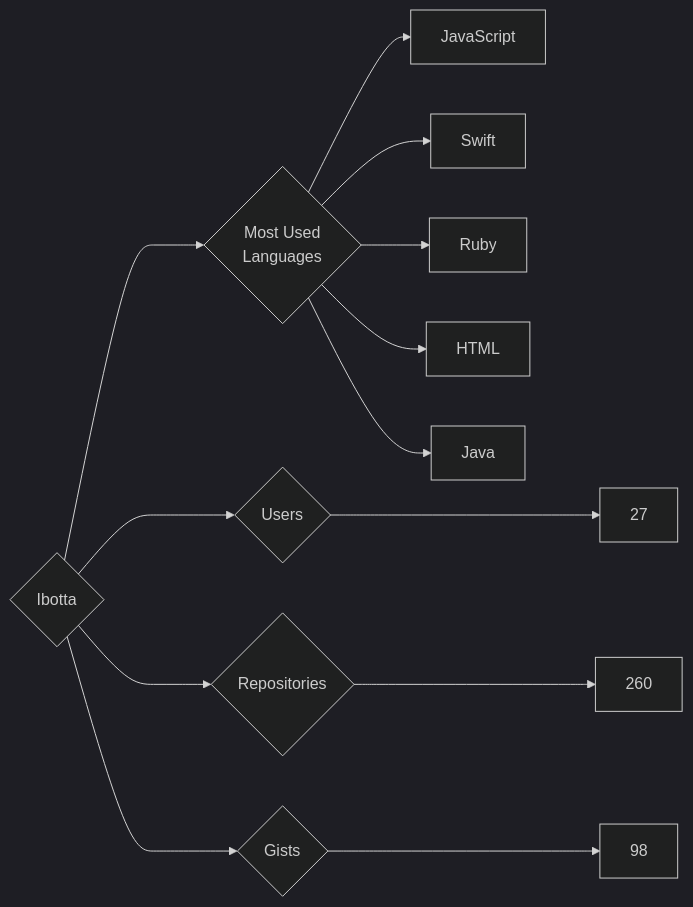
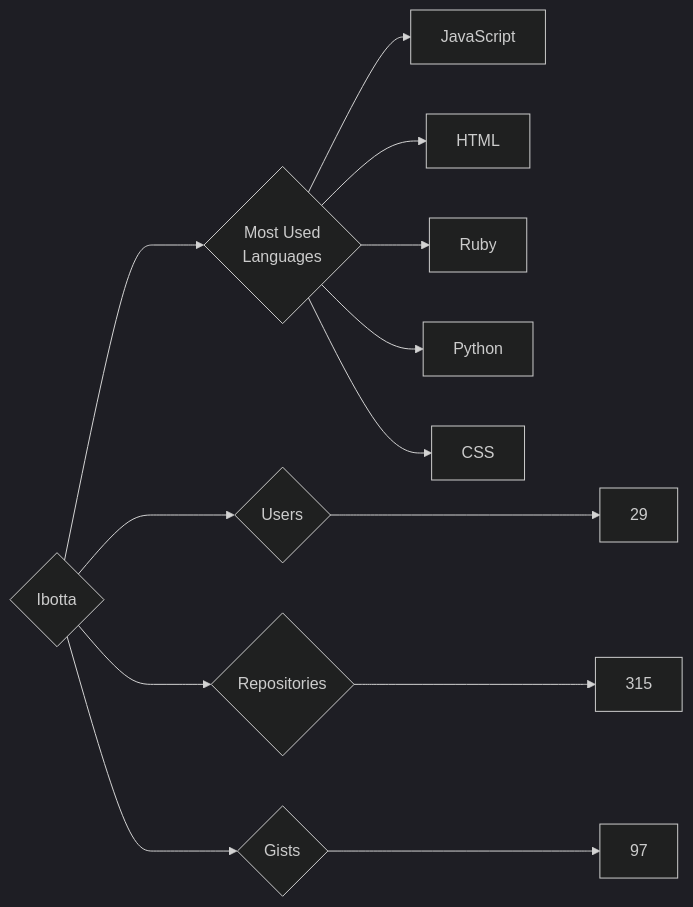
One commit to trickest/insiders changed the diagram in targets/Ibotta/README.md. Above: the diagram before and after it, drawn with Mermaid (dark theme). The commit also changed 927 other files, not shown here.

````diff
--- a/targets/Ibotta/README.md
+++ b/targets/Ibotta/README.md
@@ -3,13 +3,13 @@
 ```mermaid
 graph LR
 COMPANY_NAME{Ibotta}
-COMPANY_NAME ---> U{Users} ---> UN[27]
-COMPANY_NAME ---> R{Repositories} ---> RN[260]
-COMPANY_NAME ---> G{Gists} ---> GN[98]
+COMPANY_NAME ---> U{Users} ---> UN[29]
+COMPANY_NAME ---> R{Repositories} ---> RN[315]
+COMPANY_NAME ---> G{Gists} ---> GN[97]
 COMPANY_NAME ---> ML{Most Used<br>Languages}
 ML --> JavaScript[JavaScript]
-ML --> Swift[Swift]
+ML --> HTML[HTML]
 ML --> Ruby[Ruby]
-ML --> HTML[HTML]
-ML --> Java[Java]
+ML --> Python[Python]
+ML --> CSS[CSS]
 ```
````
